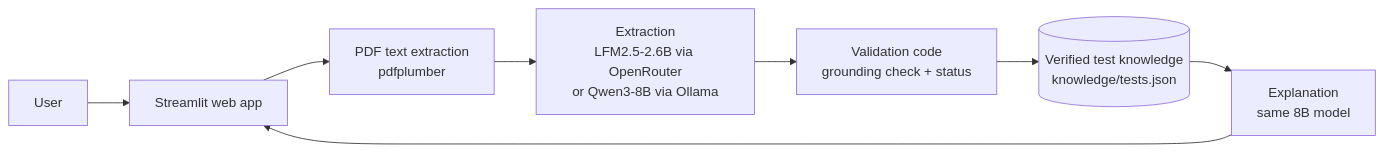
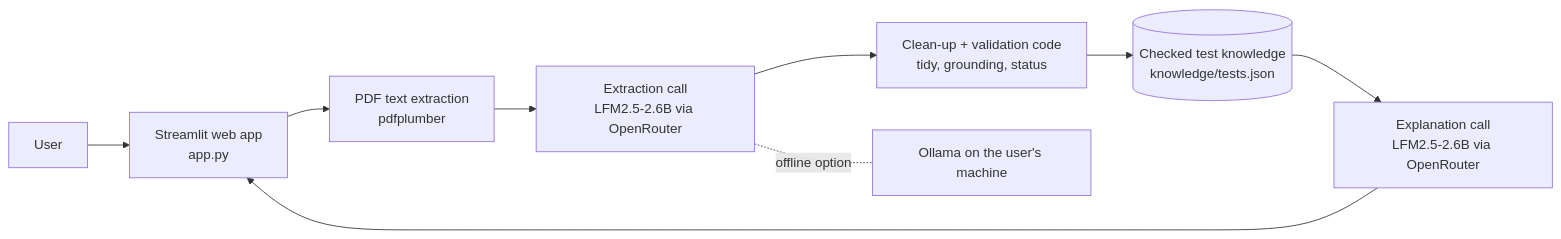
One commit to AR18now/reportsamjho changed the first of 3 diagrams in README.md. Above: the diagram before and after it, drawn with Mermaid. The commit also changed other lines of this file and 3 other files, not shown here.

First line of the commit message:
Document live test results, model disclosure and open-source checklist

````diff
--- a/README.md
+++ b/README.md
@@ -57,10 +64,11 @@
 ```mermaid
 flowchart LR
-    U[User] --> UI[Streamlit web app]
+    U[User] --> UI[Streamlit web app<br/>app.py]
     UI --> P[PDF text extraction<br/>pdfplumber]
-    P --> E[Extraction<br/>LFM2.5-2.6B via OpenRouter<br/>or Qwen3-8B via Ollama]
-    E --> V[Validation code<br/>grounding check + status]
-    V --> K[(Verified test knowledge<br/>knowledge/tests.json)]
-    K --> X[Explanation<br/>same 8B model]
+    P --> E[Extraction call<br/>LFM2.5-2.6B via OpenRouter]
+    E --> C[Clean-up + validation code<br/>tidy, grounding, status]
+    C --> K[(Checked test knowledge<br/>knowledge/tests.json)]
+    K --> X[Explanation call<br/>LFM2.5-2.6B via OpenRouter]
     X --> UI
+    E -. offline option .- O[Ollama on the user's machine]
 ```
````
